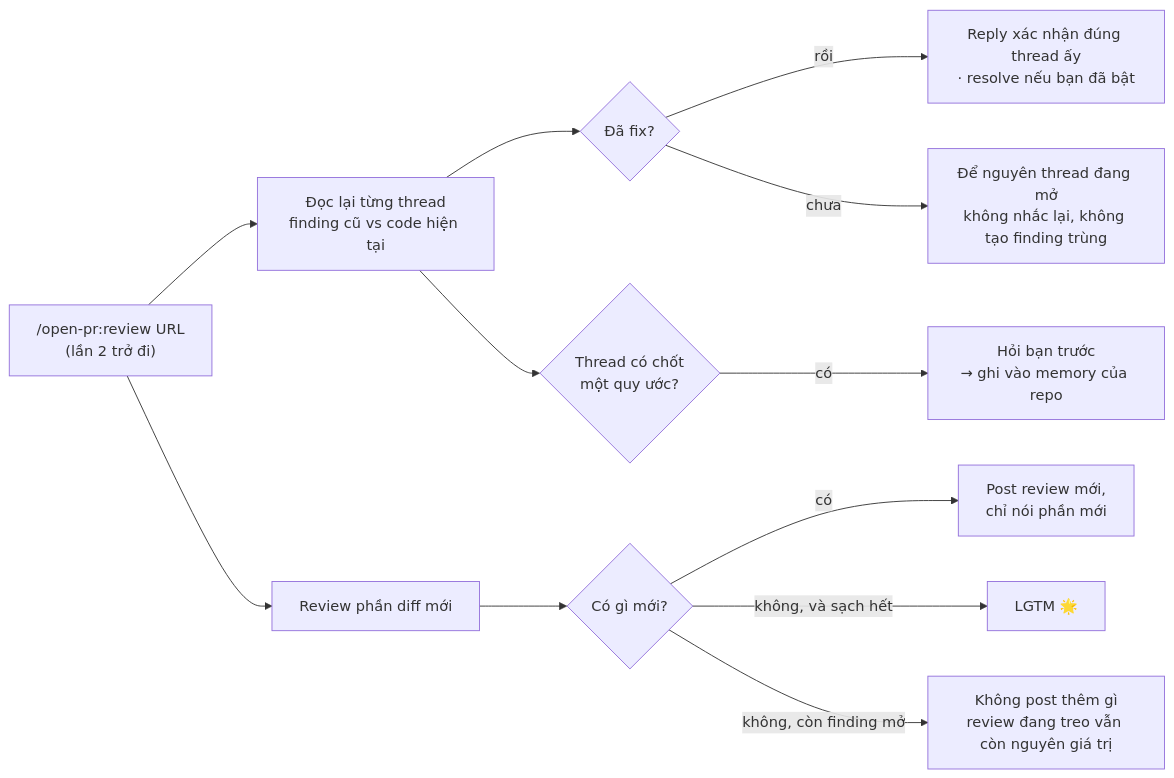
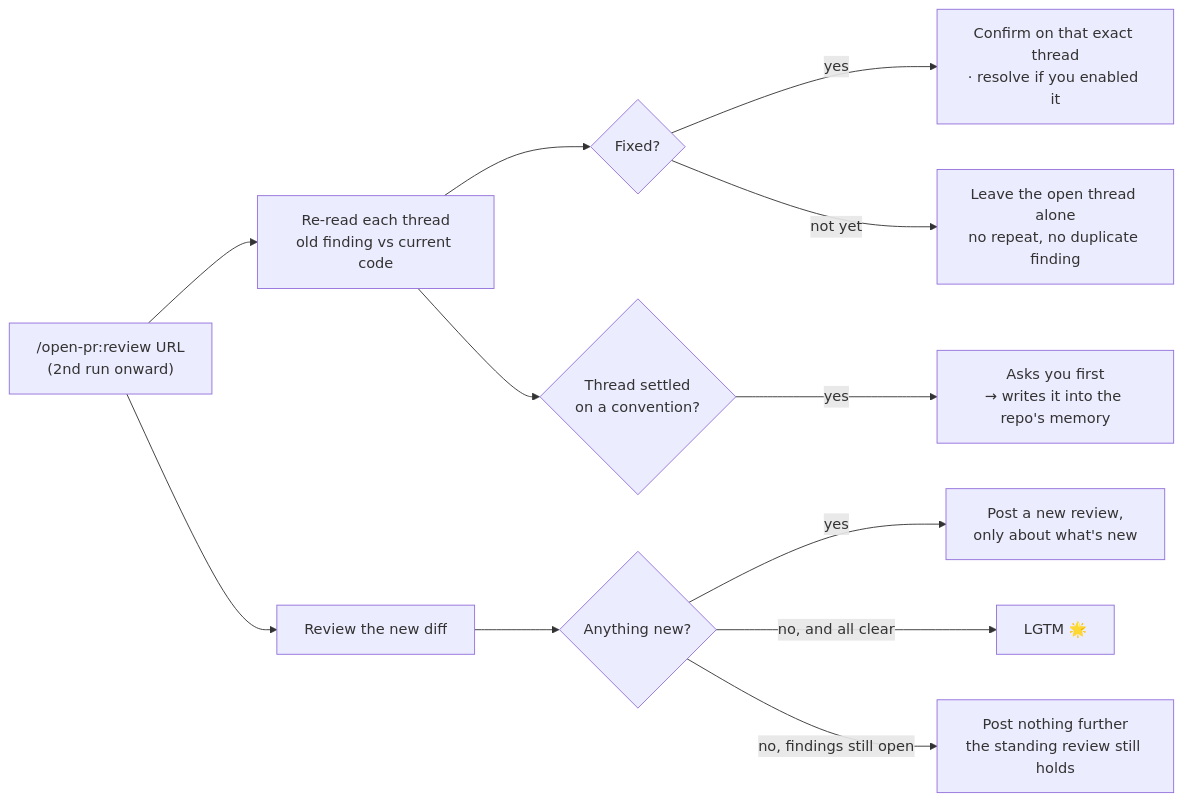
Before and after one commit to TOMOSIA-VIETNAM/open-pr: the second of 3 diagrams in README.md, drawn with Mermaid. The commit also changed other lines of this file and 4 other files, not shown here.

````diff
--- a/README.md
+++ b/README.md
@@ -65,14 +67,14 @@
 ```mermaid
 flowchart LR
-  A["/open-pr:review URL<br/>(lần 2 trở đi)"] --> B[Đọc lại từng thread<br/>finding cũ vs code hiện tại]
-  B --> C{Đã fix?}
-  C -- rồi --> D["Reply xác nhận đúng thread ấy<br/>· resolve nếu bạn đã bật"]
-  C -- chưa --> E["Để nguyên thread đang mở<br/>không nhắc lại, không tạo finding trùng"]
-  B --> F{Thread có chốt<br/>một quy ước?}
-  F -- có --> G["Hỏi bạn trước<br/>→ ghi vào memory của repo"]
-  A --> H[Review phần diff mới]
-  H --> I{Có gì mới?}
-  I -- có --> J["Post review mới,<br/>chỉ nói phần mới"]
-  I -- không, và sạch hết --> K[LGTM 🌟]
-  I -- không, còn finding mở --> L["Không post thêm gì<br/>review đang treo vẫn còn nguyên giá trị"]
+  A["/open-pr:review URL<br/>(2nd run onward)"] --> B[Re-read each thread<br/>old finding vs current code]
+  B --> C{Fixed?}
+  C -- yes --> D["Confirm on that exact thread<br/>· resolve if you enabled it"]
+  C -- not yet --> E["Leave the open thread alone<br/>no repeat, no duplicate finding"]
+  B --> F{Thread settled<br/>on a convention?}
+  F -- yes --> G["Asks you first<br/>→ writes it into the repo's memory"]
+  A --> H[Review the new diff]
+  H --> I{Anything new?}
+  I -- yes --> J["Post a new review,<br/>only about what's new"]
+  I -- no, and all clear --> K[LGTM 🌟]
+  I -- no, findings still open --> L["Post nothing further<br/>the standing review still holds"]
 ```
````
